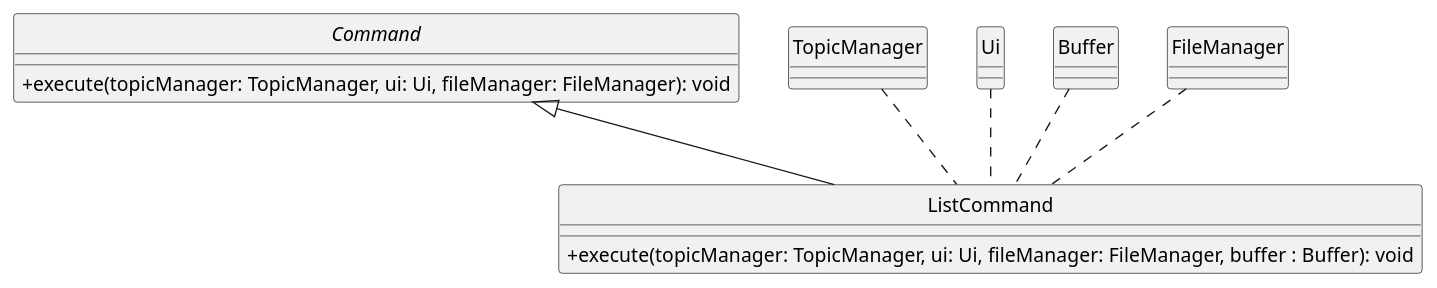
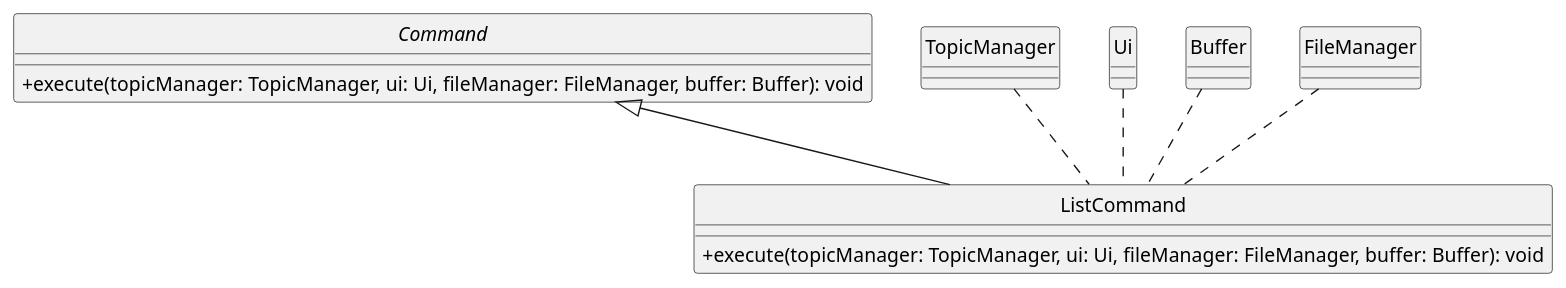
Before and after one commit to ong-ck/tp: the diagram in docs/class-diagrams/source-files/ListClass.puml, drawn with PlantUML. The commit also changed 10 other files, not shown here.

Commit message:
Update methods in class diagram to include buffer

```diff
--- a/docs/class-diagrams/source-files/ListClass.puml
+++ b/docs/class-diagrams/source-files/ListClass.puml
@@ -1,31 +1,31 @@
 @startuml
 skinparam classAttributeIconSize 0
 hide circle
 
 abstract class Command {
-    +execute(topicManager: TopicManager, ui: Ui, fileManager: FileManager): void
+    +execute(topicManager: TopicManager, ui: Ui, fileManager: FileManager, buffer: Buffer): void
 }
 
 class ListCommand {
-    +execute(topicManager: TopicManager, ui: Ui, fileManager: FileManager, buffer : Buffer): void
+    +execute(topicManager: TopicManager, ui: Ui, fileManager: FileManager, buffer: Buffer): void
 }
 
 class TopicManager {
 }
 
 class Ui {
 }
 
 class Buffer {
 }
 
 class FileManager {
 }
 
 Command <|-- ListCommand
 
 TopicManager .. ListCommand
 Ui .. ListCommand
 FileManager .. ListCommand
 Buffer .. ListCommand
 @enduml
```
